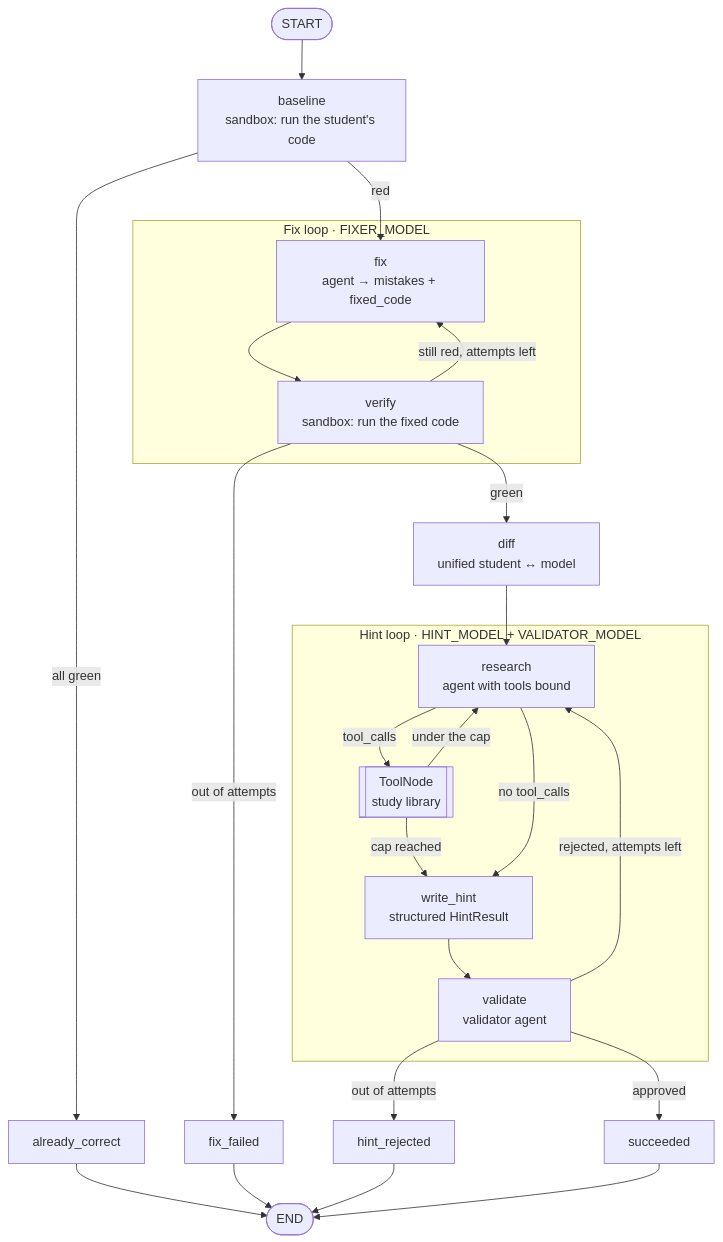
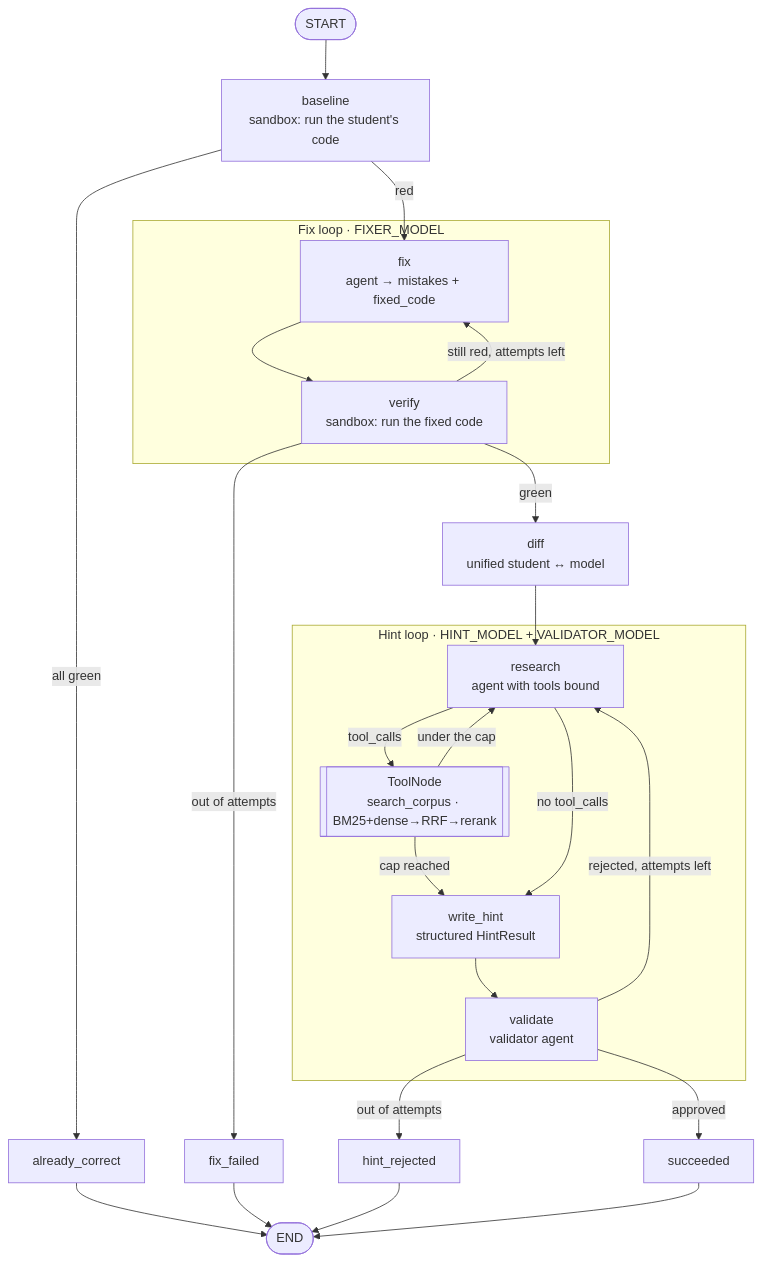
The first of 3 diagrams in README.md (profoundmentalretardation/problem-helper), drawn with Mermaid before and after one commit. The commit also changed other lines of this file and 66 other files, not shown here.

````diff
--- a/README.md
+++ b/README.md
@@ -69,31 +79,31 @@
 ```mermaid
 flowchart TD
     START([START]) --> baseline[baseline<br/>sandbox: run the student's code]
     baseline -->|all green| already_correct[already_correct]
     baseline -->|red| fix
 
     subgraph fixloop [Fix loop · FIXER_MODEL]
         fix[fix<br/>agent → mistakes + fixed_code] --> verify[verify<br/>sandbox: run the fixed code]
     end
     verify -->|still red, attempts left| fix
     verify -->|out of attempts| fix_failed[fix_failed]
     verify -->|green| diff[diff<br/>unified student ↔ model]
 
     diff --> research
 
     subgraph hintloop [Hint loop · HINT_MODEL + VALIDATOR_MODEL]
-        research[research<br/>agent with tools bound] -->|tool_calls| tools[[ToolNode<br/>study library]]
+        research[research<br/>agent with tools bound] -->|tool_calls| tools[[ToolNode<br/>search_corpus · BM25+dense→RRF→rerank]]
         tools -->|under the cap| research
         tools -->|cap reached| write_hint
         research -->|no tool_calls| write_hint[write_hint<br/>structured HintResult]
         write_hint --> validate[validate<br/>validator agent]
     end
     validate -->|rejected, attempts left| research
     validate -->|out of attempts| hint_rejected[hint_rejected]
     validate -->|approved| succeeded[succeeded]
 
     already_correct --> END([END])
     fix_failed --> END
     hint_rejected --> END
     succeeded --> END
 ```
````
